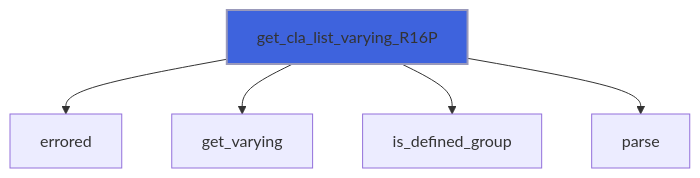
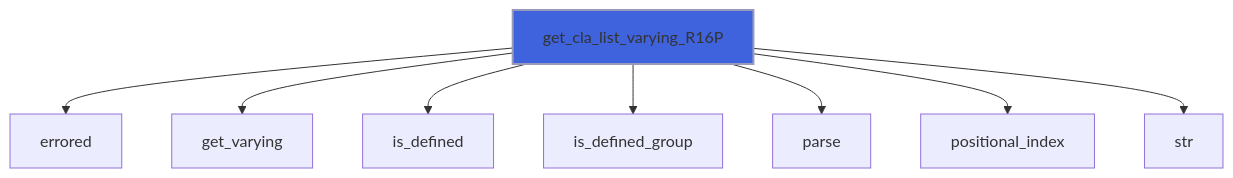
Diagram 22 of 57 in docs/api/src/lib/flap_command_line_interface_t.md (szaghi/FLAP), drawn with Mermaid before and after one commit. The commit also changed other lines of this file and 17 other files, not shown here.

````diff
--- a/docs/api/src/lib/flap_command_line_interface_t.md
+++ b/docs/api/src/lib/flap_command_line_interface_t.md
@@ -620,8 +899,11 @@
 ```mermaid
 flowchart TD
   get_cla_list_varying_R16P["get_cla_list_varying_R16P"] --> errored["errored"]
   get_cla_list_varying_R16P["get_cla_list_varying_R16P"] --> get_varying["get_varying"]
+  get_cla_list_varying_R16P["get_cla_list_varying_R16P"] --> is_defined["is_defined"]
   get_cla_list_varying_R16P["get_cla_list_varying_R16P"] --> is_defined_group["is_defined_group"]
   get_cla_list_varying_R16P["get_cla_list_varying_R16P"] --> parse["parse"]
+  get_cla_list_varying_R16P["get_cla_list_varying_R16P"] --> positional_index["positional_index"]
+  get_cla_list_varying_R16P["get_cla_list_varying_R16P"] --> str["str"]
   style get_cla_list_varying_R16P fill:#3e63dd,stroke:#99b,stroke-width:2px
 ```
````
